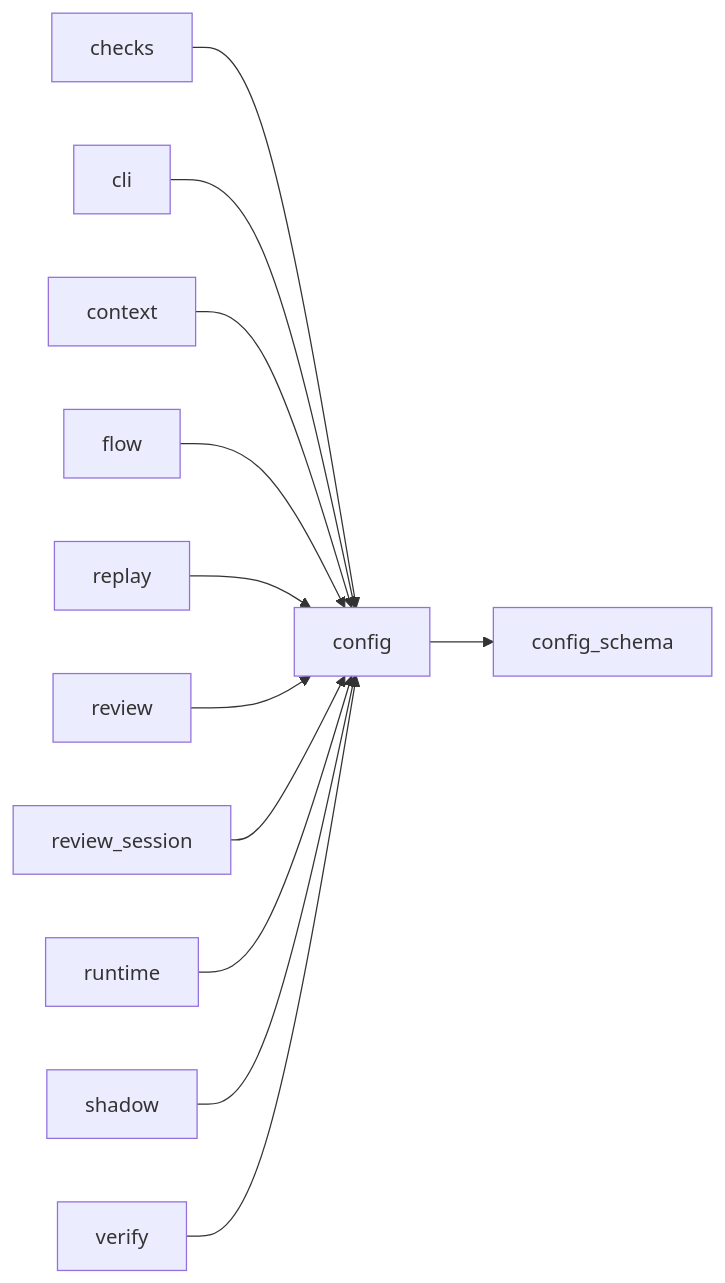
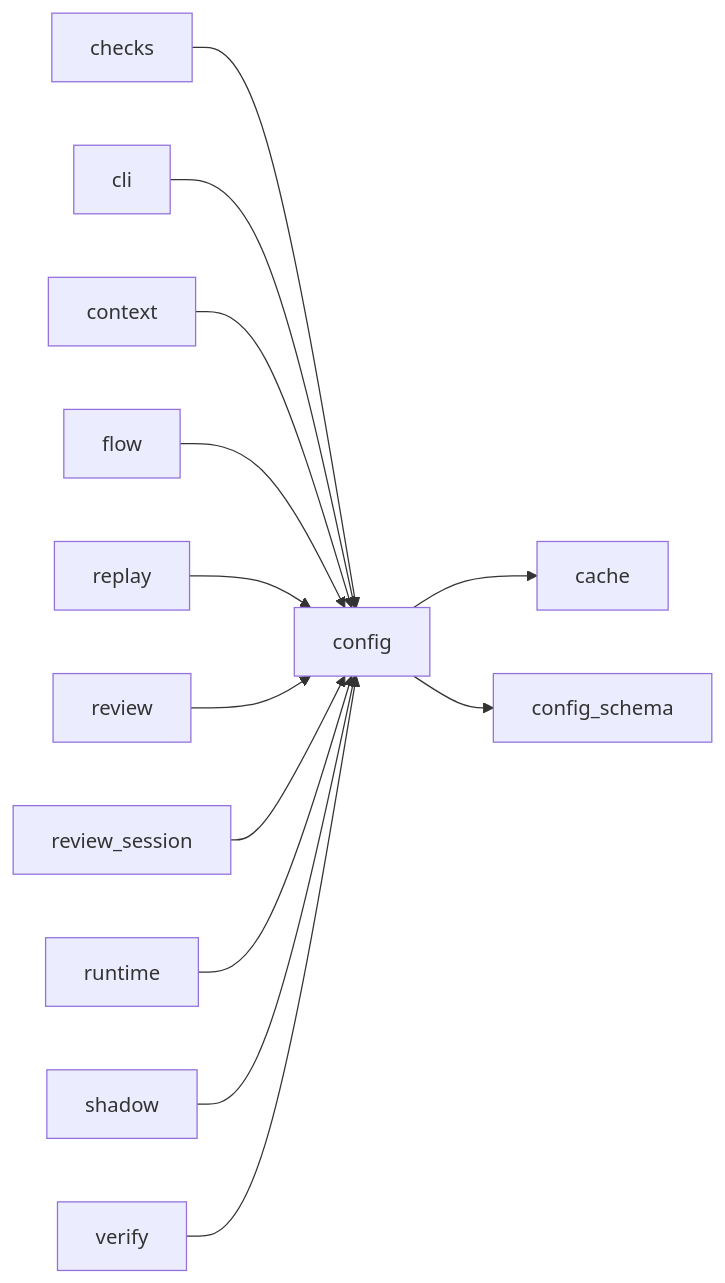
Before and after one commit to plaplanche/ariane: the third of 3 diagrams in docs/architecture/modules/config.md, drawn with Mermaid. The commit also changed other lines of this file and 23 other files, not shown here.

````diff
--- a/docs/architecture/modules/config.md
+++ b/docs/architecture/modules/config.md
@@ -167,14 +168,15 @@
 ```mermaid
 flowchart LR
   checks --> config
   cli --> config
+  config --> cache
   config --> config_schema
   context --> config
   flow --> config
   replay --> config
   review --> config
   review_session --> config
   runtime --> config
   shadow --> config
   verify --> config
 ```
````
